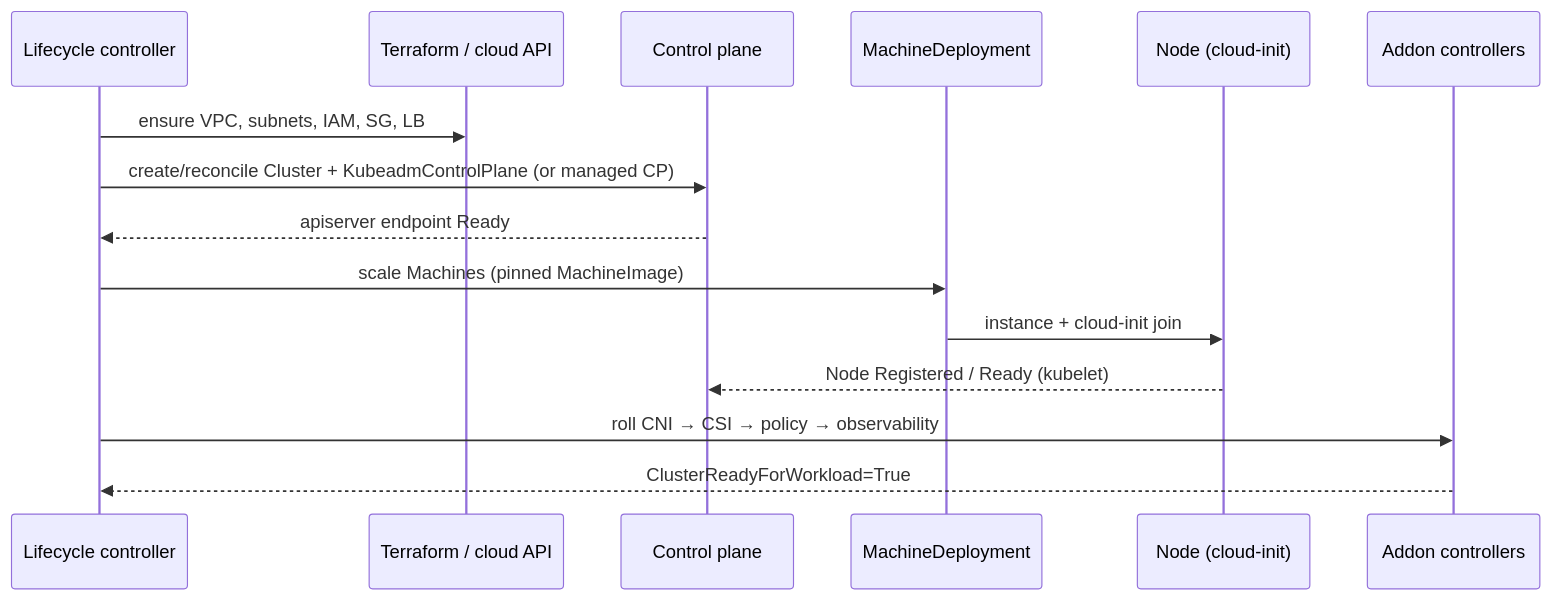
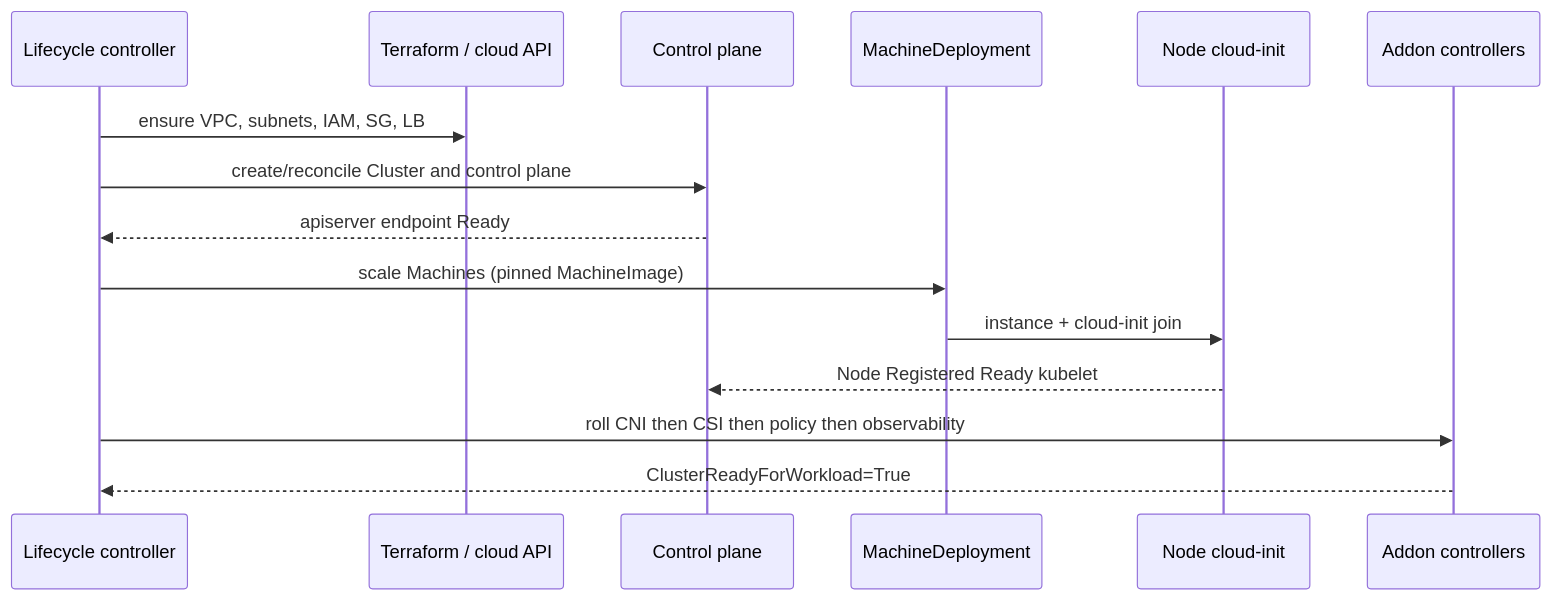
The second of 3 diagrams in pages/lessons/03-cluster-provisioning-lifecycle.mdx (caretak3r/hyperscale-prep), drawn with Mermaid before and after one commit. The commit also changed other lines of this file and 3 other files, not shown here.

First line of the commit message:
Fix Mermaid v10 syntax errors in lesson diagrams

````diff
--- a/pages/lessons/03-cluster-provisioning-lifecycle.mdx
+++ b/pages/lessons/03-cluster-provisioning-lifecycle.mdx
@@ -65,18 +65,18 @@
 ```mermaid
 sequenceDiagram
   participant LF as Lifecycle controller
   participant TF as Terraform / cloud API
   participant CP as Control plane
   participant MD as MachineDeployment
-  participant N as Node (cloud-init)
+  participant N as Node cloud-init
   participant AD as Addon controllers
 
   LF->>TF: ensure VPC, subnets, IAM, SG, LB
-  LF->>CP: create/reconcile Cluster + KubeadmControlPlane (or managed CP)
+  LF->>CP: create/reconcile Cluster and control plane
   CP-->>LF: apiserver endpoint Ready
   LF->>MD: scale Machines (pinned MachineImage)
   MD->>N: instance + cloud-init join
-  N-->>CP: Node Registered / Ready (kubelet)
-  LF->>AD: roll CNI → CSI → policy → observability
+  N-->>CP: Node Registered Ready kubelet
+  LF->>AD: roll CNI then CSI then policy then observability
   AD-->>LF: ClusterReadyForWorkload=True
 ```
````
